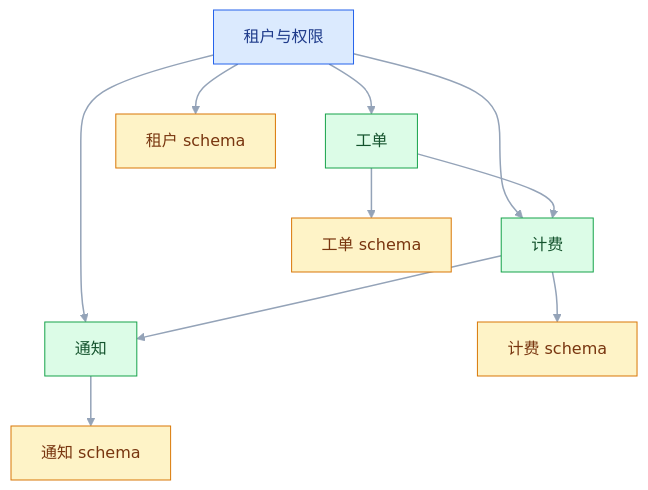
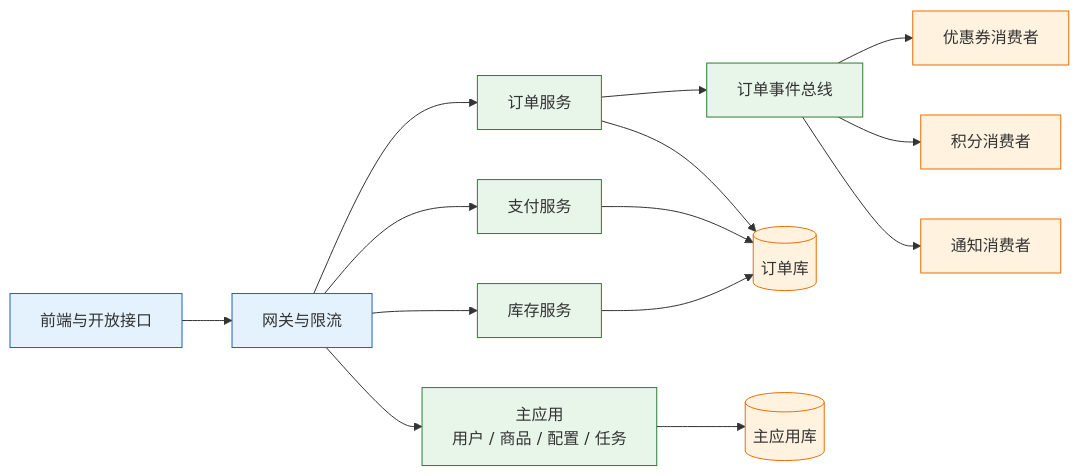
Before and after one commit to jimbosuper/studynotes: the third of 3 diagrams in blog/src/notes/03-架构/01-架构基础/02-架构风格与选型.md, drawn with Mermaid. The commit also changed other lines of this file and 367 other files, not shown here.

````diff
--- a/blog/src/notes/03-架构/01-架构基础/02-架构风格与选型.md
+++ b/blog/src/notes/03-架构/01-架构基础/02-架构风格与选型.md
@@ -92,17 +401,22 @@
 ```mermaid
-flowchart TD
-    classDef core fill:#DBEAFE,stroke:#2563EB,color:#1E3A8A
-    classDef module fill:#DCFCE7,stroke:#16A34A,color:#14532D
-    classDef data fill:#FEF3C7,stroke:#D97706,color:#78350F
-
-    T["租户与权限"]:::core --> W["工单"]:::module
-    T --> B["计费"]:::module
-    T --> N["通知"]:::module
-    W --> B
-    B --> N
-    W --> WDB["工单 schema"]:::data
-    B --> BDB["计费 schema"]:::data
-    T --> TDB["租户 schema"]:::data
-    N --> NDB["通知 schema"]:::data
-    linkStyle default stroke:#94A3B8,stroke-width:1.5px
+flowchart LR
+    U["前端与开放接口"] --> G["网关与限流"]
+    G --> O["订单服务"]
+    G --> P["支付服务"]
+    G --> I["库存服务"]
+    G --> A["主应用<br/>用户 / 商品 / 配置 / 任务"]
+    O --> B["订单事件总线"]
+    B --> C["优惠券消费者"]
+    B --> D["积分消费者"]
+    B --> N["通知消费者"]
+    O --> DB[("订单库")]
+    P --> DB
+    I --> DB
+    A --> DB2[("主应用库")]
+    classDef client fill:#e3f2fd,stroke:#1565c0;
+    classDef engine fill:#e8f5e9,stroke:#2e7d32;
+    classDef image fill:#fff3e0,stroke:#ef6c00;
+    class U,G client
+    class O,P,I,A,B engine
+    class C,D,N,DB,DB2 image
 ```
````
